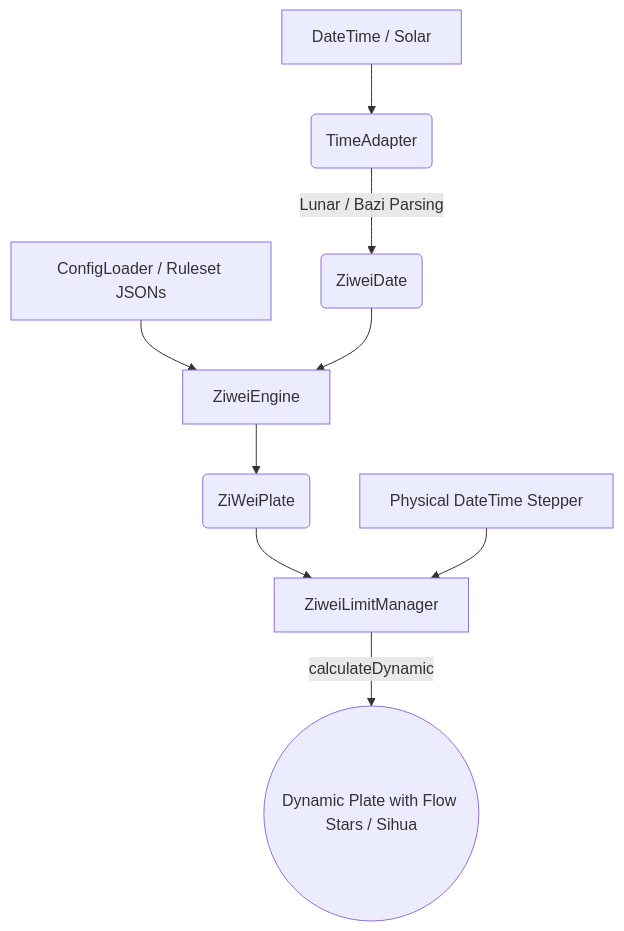
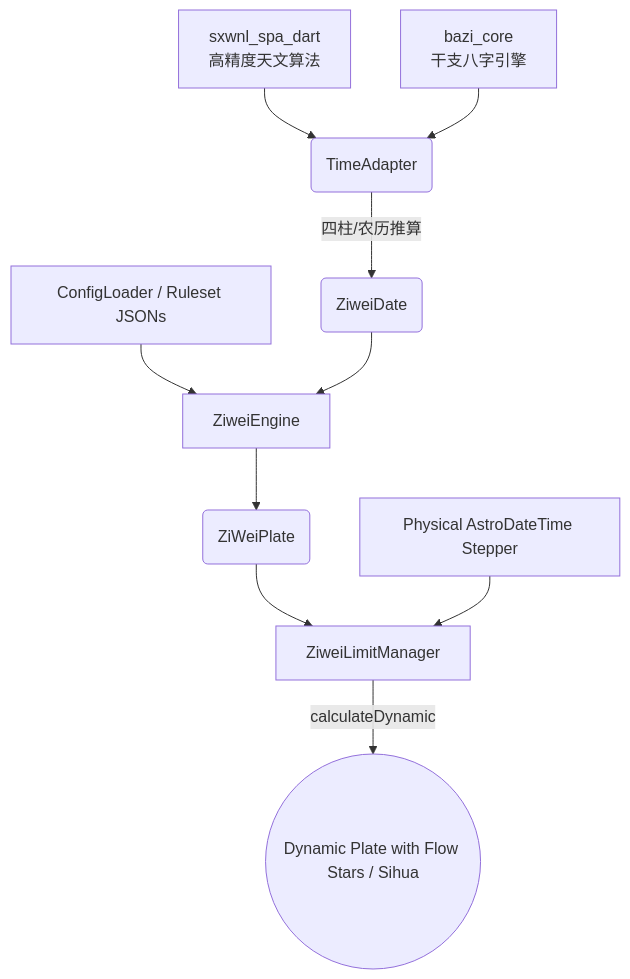
Before and after one commit to RedSC1/ziwei_core: the diagram in README.md, drawn with Mermaid. The commit also changed other lines of this file and 1 other file, not shown here.

````diff
--- a/README.md
+++ b/README.md
@@ -113,11 +131,12 @@
 ```mermaid
 graph TD
-    A[DateTime / Solar] --> B(TimeAdapter);
-    B -->|Lunar / Bazi Parsing| C(ZiweiDate);
+    A1[sxwnl_spa_dart<br/>高精度天文算法] --> B(TimeAdapter);
+    A2[bazi_core<br/>干支八字引擎] --> B;
+    B -->|四柱/农历推算| C(ZiweiDate);
     Z[ConfigLoader / Ruleset JSONs] --> D;
     C --> D[ZiweiEngine];
     D --> E(ZiWeiPlate);
     E --> F[ZiweiLimitManager];
-    T2[Physical DateTime Stepper] --> F;
+    T2[Physical AstroDateTime Stepper] --> F;
     F -->|calculateDynamic| G((Dynamic Plate with Flow Stars / Sihua));
 ```
````
